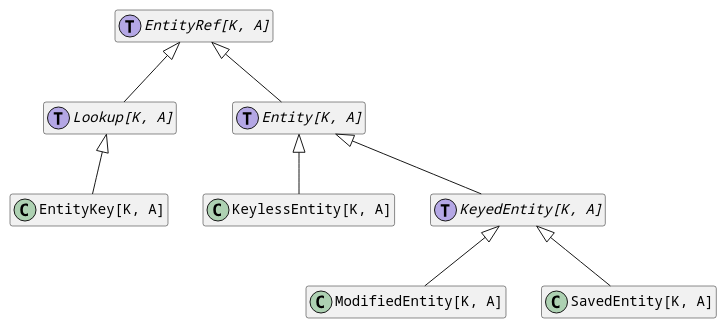
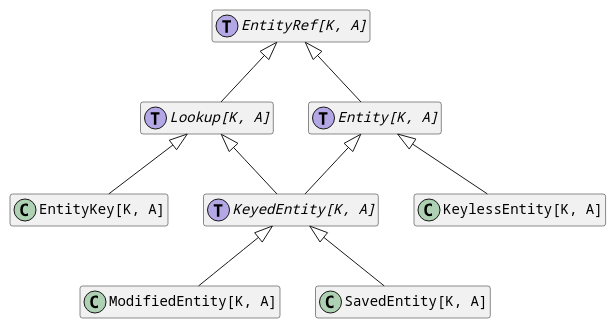
The diagram in EntityRef-hierarchy.plantuml (nafg/slick-additions), drawn with PlantUML before and after one commit.

Commit message:
EntityRef-hierarchy.plantuml: KeyedEntity also extends Lookup

```diff
--- a/EntityRef-hierarchy.plantuml
+++ b/EntityRef-hierarchy.plantuml
@@ -1,18 +1,19 @@
 @startuml
 
 interface EntityRef as "EntityRef[K, A]" <<trait>>
 interface Lookup as "Lookup[K, A]" <<trait>> extends EntityRef
 class EntityKey as "EntityKey[K, A]" extends Lookup
 interface Entity as "Entity[K, A]" <<trait>> extends EntityRef
 class KeylessEntity as "KeylessEntity[K, A]" extends Entity
 interface KeyedEntity as "KeyedEntity[K, A]" <<trait>> extends Entity
+interface KeyedEntity as "KeyedEntity[K, A]" <<trait>> extends Lookup
 class ModifiedEntity as "ModifiedEntity[K, A]" extends KeyedEntity
 class SavedEntity as "SavedEntity[K, A]" extends KeyedEntity
 
 hide members
 hide stereotype
 
 skinparam defaultFontName Courier
 skinparam spotChar<<trait>> T
 
 @enduml
```
